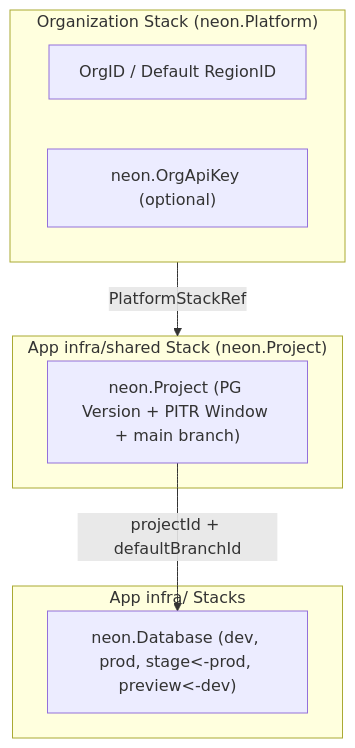
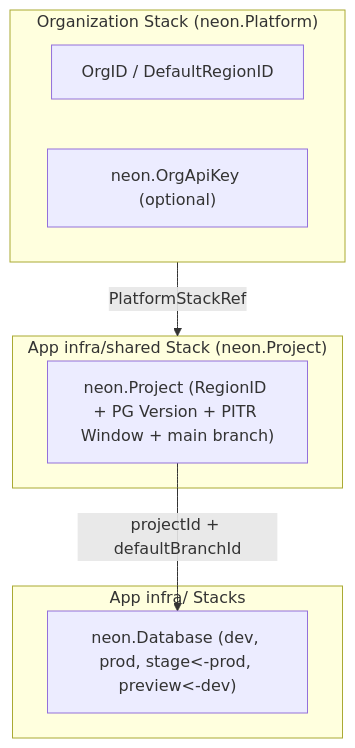
One commit to cloudvoyant/openbase changed the first of 2 diagrams in docs/architecture/providers/neon/index.md. Above: the diagram before and after it, drawn with Mermaid. The commit also changed other lines of this file and 22 other files, not shown here.

First line of the commit message:
feat(components): add AddPlatform, DefaultRegionID, and raw Pulumi E2E

````diff
--- a/docs/architecture/providers/neon/index.md
+++ b/docs/architecture/providers/neon/index.md
@@ -24,18 +24,18 @@
 ```mermaid
 flowchart TD
     subgraph Org["Organization Stack (neon.Platform)"]
-        Defaults["OrgID / Default RegionID"]
+        Defaults["OrgID / DefaultRegionID"]
         OrgKey["neon.OrgApiKey (optional)"]
     end
 
     subgraph App["App infra/shared Stack (neon.Project)"]
-        Cluster["neon.Project (PG Version + PITR Window + main branch)"]
+        Cluster["neon.Project (RegionID + PG Version + PITR Window + main branch)"]
     end
 
     subgraph Env["App infra/ Stacks"]
         DB["neon.Database (dev, prod, stage<-prod, preview<-dev)"]
     end
 
     Org -->|"PlatformStackRef"| App
     Cluster -->|"projectId + defaultBranchId"| DB
 ```
````
